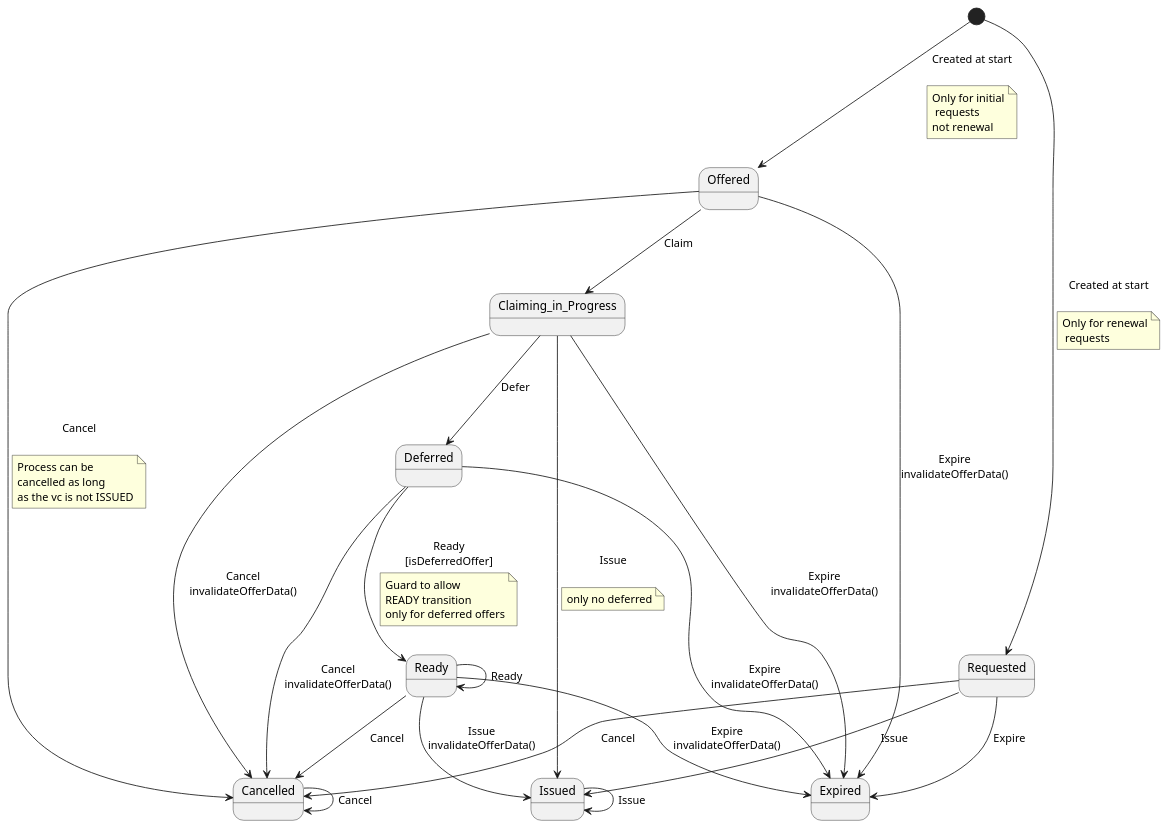
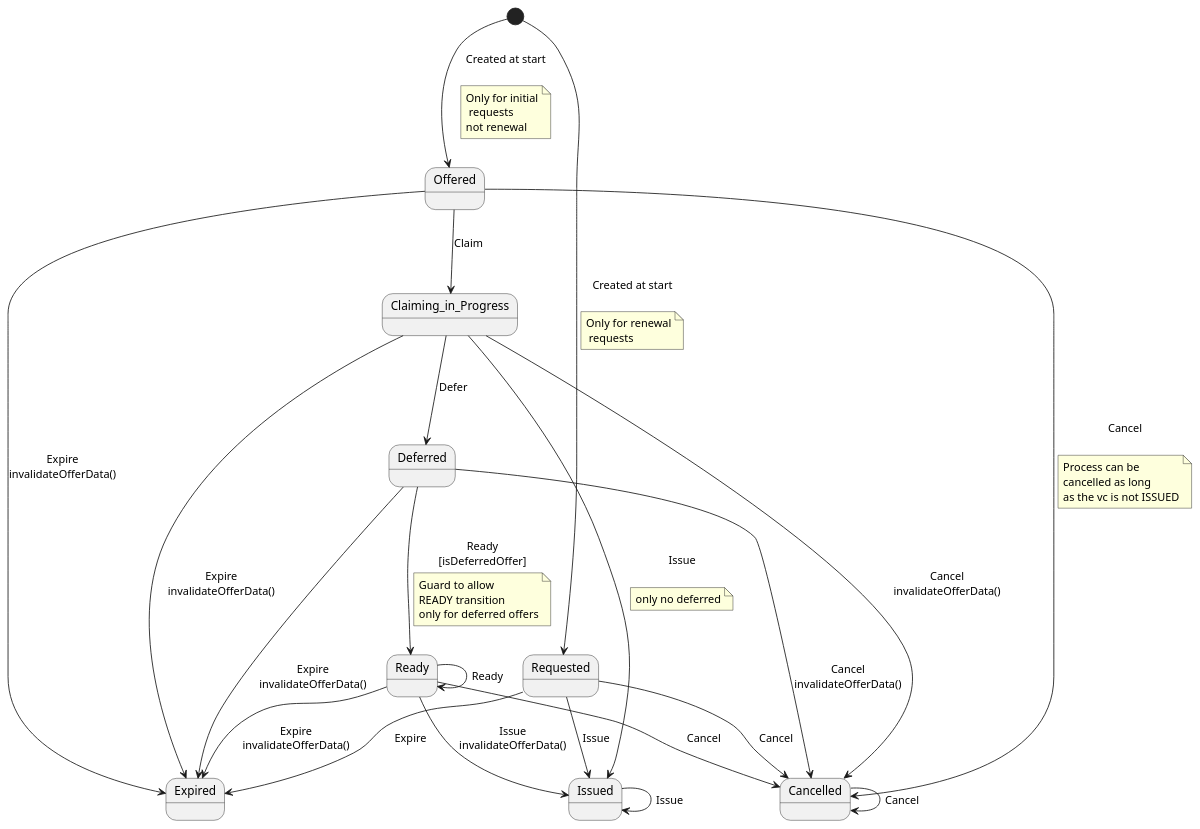
Before and after one commit to swiyu-admin-ch/swiyu-issuer: the diagram in issuer-service/src/main/resources/plantuml/credentialOfferStateMachine.puml, drawn with PlantUML. The commit also changed other lines of this file and 1 other file, not shown here.

```diff
--- a/issuer-service/src/main/resources/plantuml/credentialOfferStateMachine.puml
+++ b/issuer-service/src/main/resources/plantuml/credentialOfferStateMachine.puml
@@ -1,58 +1,58 @@
 @startuml
-state Offered
+state Expired
+state Requested
 state Issued
 state Ready
 state Deferred
 state Claiming_in_Progress
+state Offered
 state Cancelled
-state Requested
-state Expired
 [*] --> Offered : Created at start\n
 note on link
 Only for initial
  requests
 not renewal
 end note
 
 [*] --> Requested : Created at start\n
 note on link
 Only for renewal
  requests
 end note
 
 Requested --> Issued : Issue
 Requested --> Cancelled : Cancel
 Requested --> Expired : Expire
 Offered --> Cancelled : Cancel\n
 note on link
 Process can be
 cancelled as long
 as the vc is not ISSUED
 end note
 
 Offered --> Expired : Expire\ninvalidateOfferData()
 Offered --> Claiming_in_Progress : Claim
 Claiming_in_Progress --> Expired : Expire\ninvalidateOfferData()
 Claiming_in_Progress --> Deferred : Defer
 Claiming_in_Progress --> Issued : Issue\n
 note on link
 only no deferred
 end note
 
 Claiming_in_Progress --> Cancelled : Cancel\ninvalidateOfferData()
 Deferred --> Ready : Ready\n[isDeferredOffer]
 note on link
 Guard to allow
 READY transition
 only for deferred offers
 end note
 
 Deferred --> Expired : Expire\ninvalidateOfferData()
 Deferred --> Cancelled : Cancel\ninvalidateOfferData()
 Ready --> Issued : Issue\ninvalidateOfferData()
 Ready --> Expired : Expire\ninvalidateOfferData()
 Ready --> Cancelled : Cancel
 Ready --> Ready : Ready
 Issued --> Issued : Issue
 Cancelled --> Cancelled : Cancel
 @enduml
```
